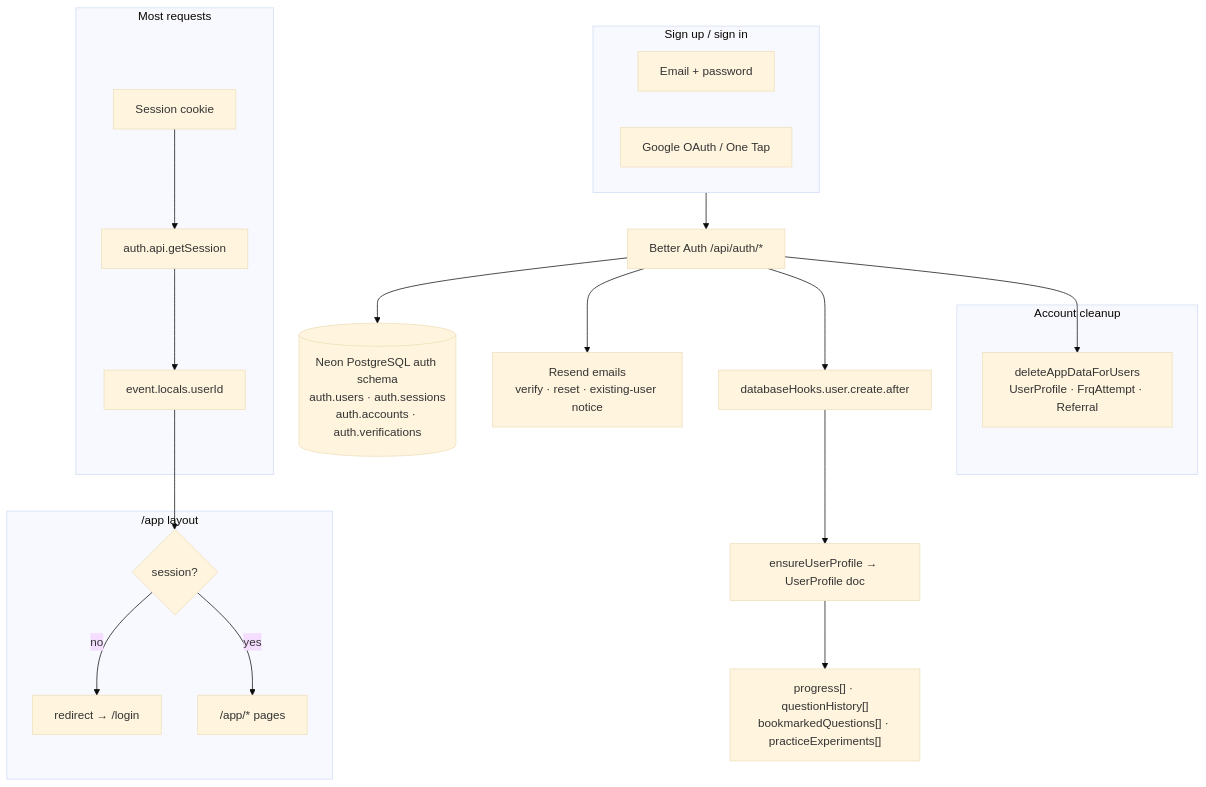
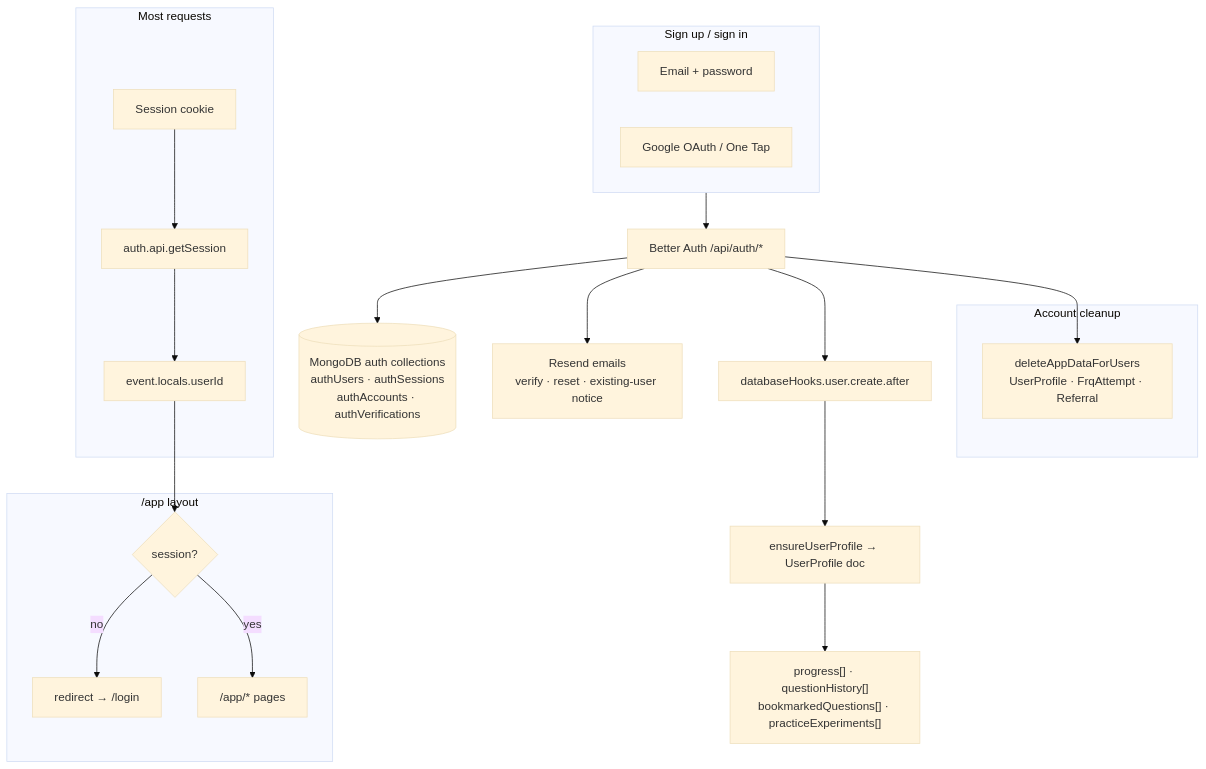
Before and after one commit to 5cisummai/freeappractice: the fifth of 7 diagrams in docs/architecture.md, drawn with Mermaid (base theme). The commit also changed other lines of this file and 165 other files, not shown here.

````diff
--- a/docs/architecture.md
+++ b/docs/architecture.md
@@ -233,32 +233,32 @@
 ```mermaid
 flowchart TD
     subgraph SignUp["Sign up / sign in"]
         Email["Email + password"]
         Google["Google OAuth / One Tap"]
     end
 
     SignUp --> BA["Better Auth /api/auth/*"]
-    BA --> AuthDB[("Neon PostgreSQL auth schema<br/>auth.users · auth.sessions<br/>auth.accounts · auth.verifications")]
+    BA --> AuthDB[("MongoDB auth collections<br/>authUsers · authSessions<br/>authAccounts · authVerifications")]
     BA --> EmailSend["Resend emails<br/>verify · reset · existing-user notice"]
     BA --> Hook["databaseHooks.user.create.after"]
     Hook --> Profile["ensureUserProfile → UserProfile doc"]
 
     subgraph Session["Most requests"]
         Cookie["Session cookie"]
         Cookie --> GetSession["auth.api.getSession"]
         GetSession --> Locals["event.locals.userId"]
     end
 
     subgraph AppGuard["/app layout"]
         Locals --> Check{session?}
         Check -->|no| Redirect["redirect → /login"]
         Check -->|yes| AppPages["/app/* pages"]
     end
 
     subgraph Delete["Account cleanup"]
         Del["deleteAppDataForUsers<br/>UserProfile · FrqAttempt · Referral"]
     end
 
     Profile --> UserData["progress[] · questionHistory[]<br/>bookmarkedQuestions[] · practiceExperiments[]"]
     BA --> Del
 ```
````
